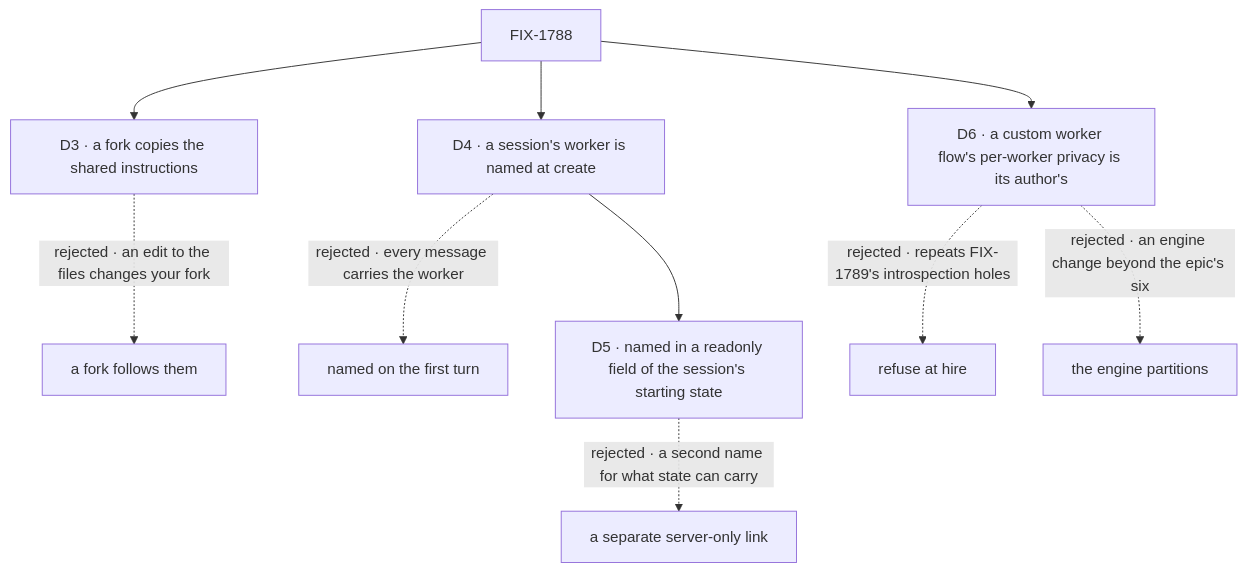
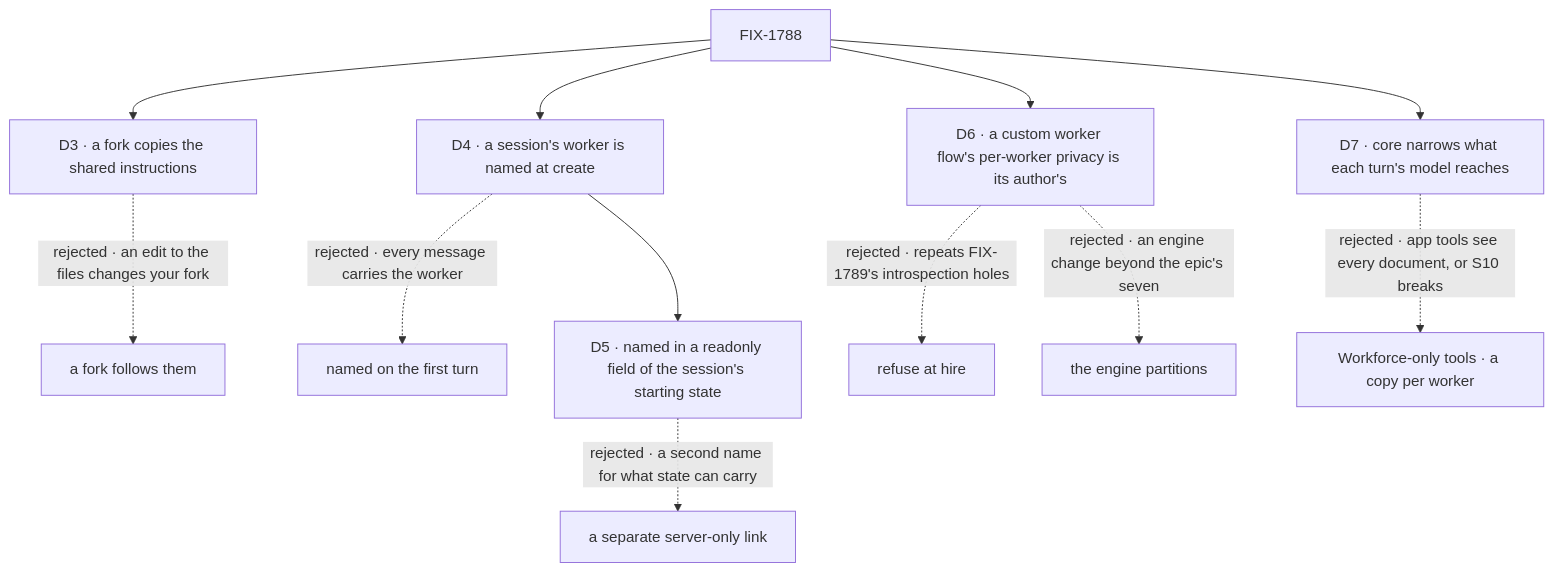
Before and after one commit to fixpoint-labs/flow-state-dev: the diagram in specs/issues/FIX-1788/DECISIONS.md, drawn with Mermaid. The commit also changed other lines of this file and 16 other files, not shown here.

First line of the commit message:
spec(FIX-1786, FIX-1788): amend after merge · one view of a shared copy's resources per turn

````diff
--- a/specs/issues/FIX-1788/DECISIONS.md
+++ b/specs/issues/FIX-1788/DECISIONS.md
@@ -13,12 +13,14 @@
 ```mermaid
 flowchart TD
   I["FIX-1788"] --> D3["D3 · a fork copies the shared instructions"]
   D3 -.->|"rejected · an edit to the files changes your fork"| X3["a fork follows them"]
   I --> D4["D4 · a session's worker is named at create"]
   D4 -.->|"rejected · every message carries the worker"| X4["named on the first turn"]
   D4 --> D5["D5 · named in a readonly field of the session's starting state"]
   D5 -.->|"rejected · a second name for what state can carry"| X5["a separate server-only link"]
   I --> D6["D6 · a custom worker flow's per-worker privacy is its author's"]
   D6 -.->|"rejected · repeats FIX-1789's introspection holes"| X6["refuse at hire"]
-  D6 -.->|"rejected · an engine change beyond the epic's six"| X7["the engine partitions"]
+  D6 -.->|"rejected · an engine change beyond the epic's seven"| X7["the engine partitions"]
+  I --> D7["D7 · core narrows what each turn's model reaches"]
+  D7 -.->|"rejected · app tools see every document, or S10 breaks"| X8["Workforce-only tools · a copy per worker"]
 ```
````
